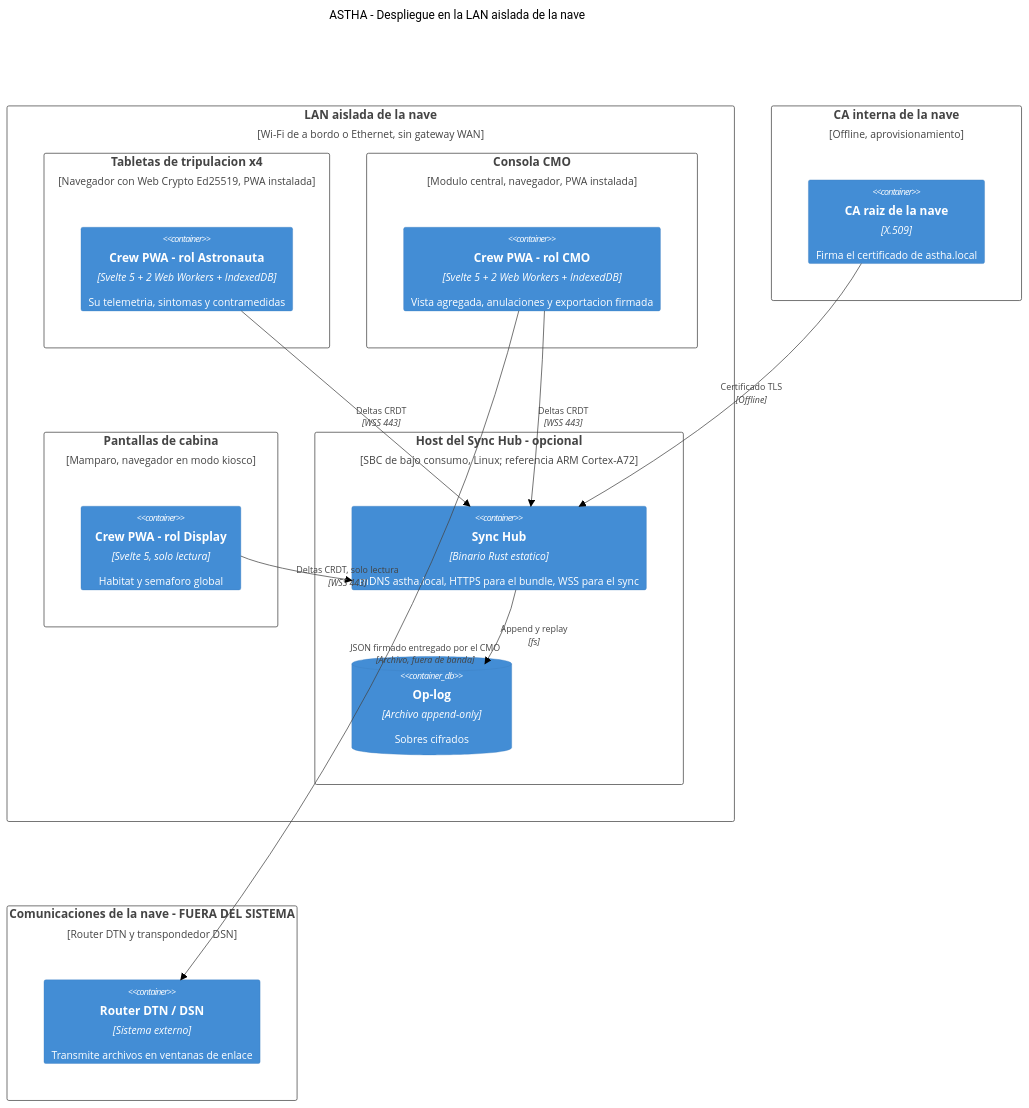
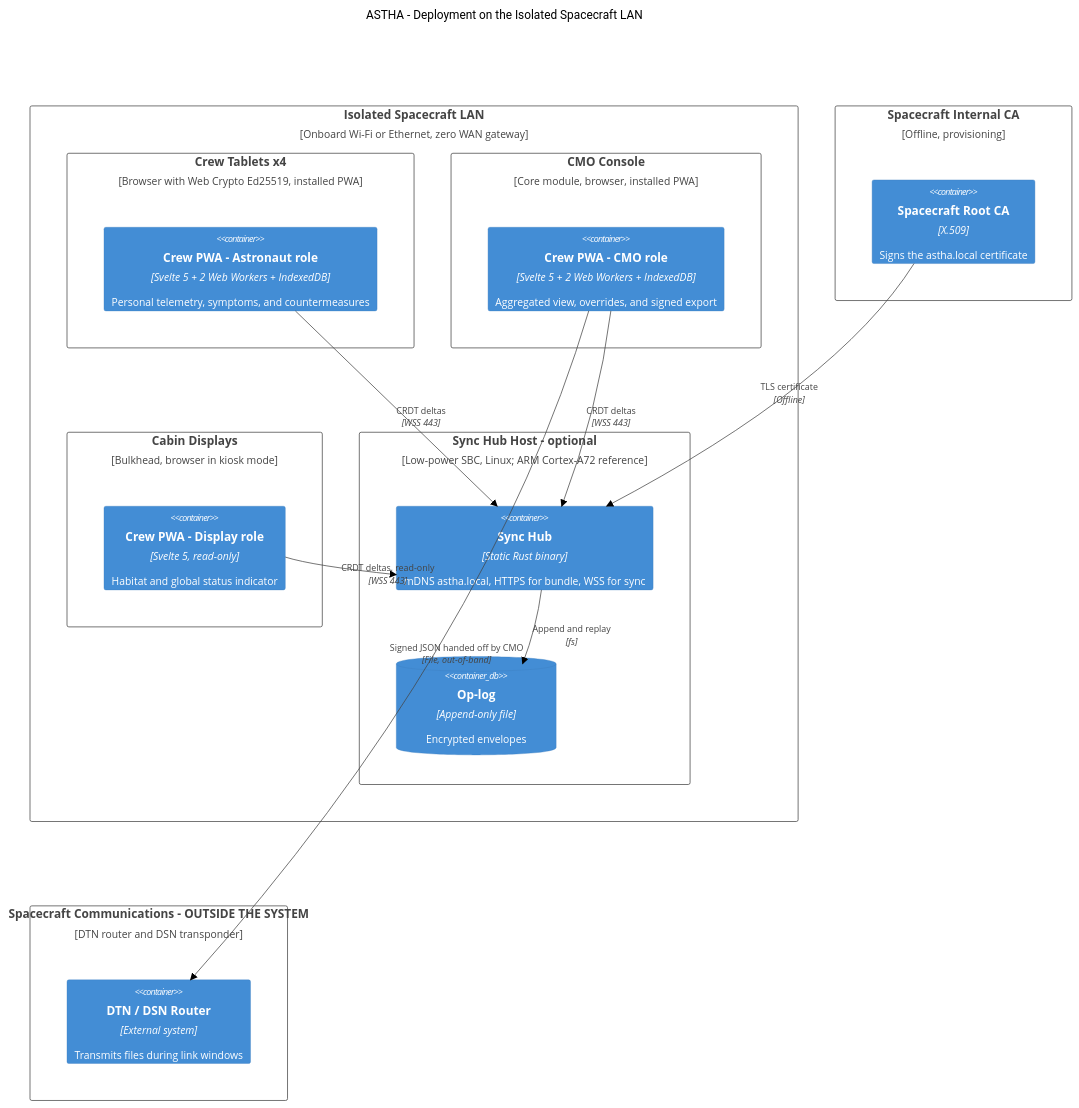
One commit to angelcontres/ASTHA-SpaceApps changed the diagram in docs/c4/04-despliegue.md. Above: the diagram before and after it, drawn with Mermaid (neutral theme). The commit also changed other lines of this file and 46 other files, not shown here.

````diff
--- a/docs/c4/04-despliegue.md
+++ b/docs/c4/04-despliegue.md
@@ -7,41 +7,41 @@
 ```mermaid
 C4Deployment
-    title ASTHA - Despliegue en la LAN aislada de la nave
+    title ASTHA - Deployment on the Isolated Spacecraft LAN
 
-    Deployment_Node(lan, "LAN aislada de la nave", "Wi-Fi de a bordo o Ethernet, sin gateway WAN") {
+    Deployment_Node(lan, "Isolated Spacecraft LAN", "Onboard Wi-Fi or Ethernet, zero WAN gateway") {
 
-        Deployment_Node(tab, "Tabletas de tripulacion x4", "Navegador con Web Crypto Ed25519, PWA instalada") {
-            Container(pwaT, "Crew PWA - rol Astronauta", "Svelte 5 + 2 Web Workers + IndexedDB", "Su telemetria, sintomas y contramedidas")
+        Deployment_Node(tab, "Crew Tablets x4", "Browser with Web Crypto Ed25519, installed PWA") {
+            Container(pwaT, "Crew PWA - Astronaut role", "Svelte 5 + 2 Web Workers + IndexedDB", "Personal telemetry, symptoms, and countermeasures")
         }
 
-        Deployment_Node(cmoC, "Consola CMO", "Modulo central, navegador, PWA instalada") {
-            Container(pwaC, "Crew PWA - rol CMO", "Svelte 5 + 2 Web Workers + IndexedDB", "Vista agregada, anulaciones y exportacion firmada")
+        Deployment_Node(cmoC, "CMO Console", "Core module, browser, installed PWA") {
+            Container(pwaC, "Crew PWA - CMO role", "Svelte 5 + 2 Web Workers + IndexedDB", "Aggregated view, overrides, and signed export")
         }
 
-        Deployment_Node(cab, "Pantallas de cabina", "Mamparo, navegador en modo kiosco") {
-            Container(pwaD, "Crew PWA - rol Display", "Svelte 5, solo lectura", "Habitat y semaforo global")
+        Deployment_Node(cab, "Cabin Displays", "Bulkhead, browser in kiosk mode") {
+            Container(pwaD, "Crew PWA - Display role", "Svelte 5, read-only", "Habitat and global status indicator")
         }
 
-        Deployment_Node(hubN, "Host del Sync Hub - opcional", "SBC de bajo consumo, Linux; referencia ARM Cortex-A72") {
-            Container(hub, "Sync Hub", "Binario Rust estatico", "mDNS astha.local, HTTPS para el bundle, WSS para el sync")
-            ContainerDb(oplog, "Op-log", "Archivo append-only", "Sobres cifrados")
+        Deployment_Node(hubN, "Sync Hub Host - optional", "Low-power SBC, Linux; ARM Cortex-A72 reference") {
+            Container(hub, "Sync Hub", "Static Rust binary", "mDNS astha.local, HTTPS for bundle, WSS for sync")
+            ContainerDb(oplog, "Op-log", "Append-only file", "Encrypted envelopes")
         }
     }
 
-    Deployment_Node(pkiN, "CA interna de la nave", "Offline, aprovisionamiento") {
-        Container(ca, "CA raiz de la nave", "X.509", "Firma el certificado de astha.local")
+    Deployment_Node(pkiN, "Spacecraft Internal CA", "Offline, provisioning") {
+        Container(ca, "Spacecraft Root CA", "X.509", "Signs the astha.local certificate")
     }
 
-    Deployment_Node(comN, "Comunicaciones de la nave - FUERA DEL SISTEMA", "Router DTN y transpondedor DSN") {
-        Container(dtn, "Router DTN / DSN", "Sistema externo", "Transmite archivos en ventanas de enlace")
+    Deployment_Node(comN, "Spacecraft Communications - OUTSIDE THE SYSTEM", "DTN router and DSN transponder") {
+        Container(dtn, "DTN / DSN Router", "External system", "Transmits files during link windows")
     }
 
-    Rel(pwaT, hub, "Deltas CRDT", "WSS 443")
-    Rel(pwaC, hub, "Deltas CRDT", "WSS 443")
-    Rel(pwaD, hub, "Deltas CRDT, solo lectura", "WSS 443")
-    Rel(hub, oplog, "Append y replay", "fs")
-    Rel(ca, hub, "Certificado TLS", "Offline")
-    Rel(pwaC, dtn, "JSON firmado entregado por el CMO", "Archivo, fuera de banda")
+    Rel(pwaT, hub, "CRDT deltas", "WSS 443")
+    Rel(pwaC, hub, "CRDT deltas", "WSS 443")
+    Rel(pwaD, hub, "CRDT deltas, read-only", "WSS 443")
+    Rel(hub, oplog, "Append and replay", "fs")
+    Rel(ca, hub, "TLS certificate", "Offline")
+    Rel(pwaC, dtn, "Signed JSON handed off by CMO", "File, out-of-band")
 
     UpdateLayoutConfig($c4ShapeInRow="2", $c4BoundaryInRow="2")
 ```
````
